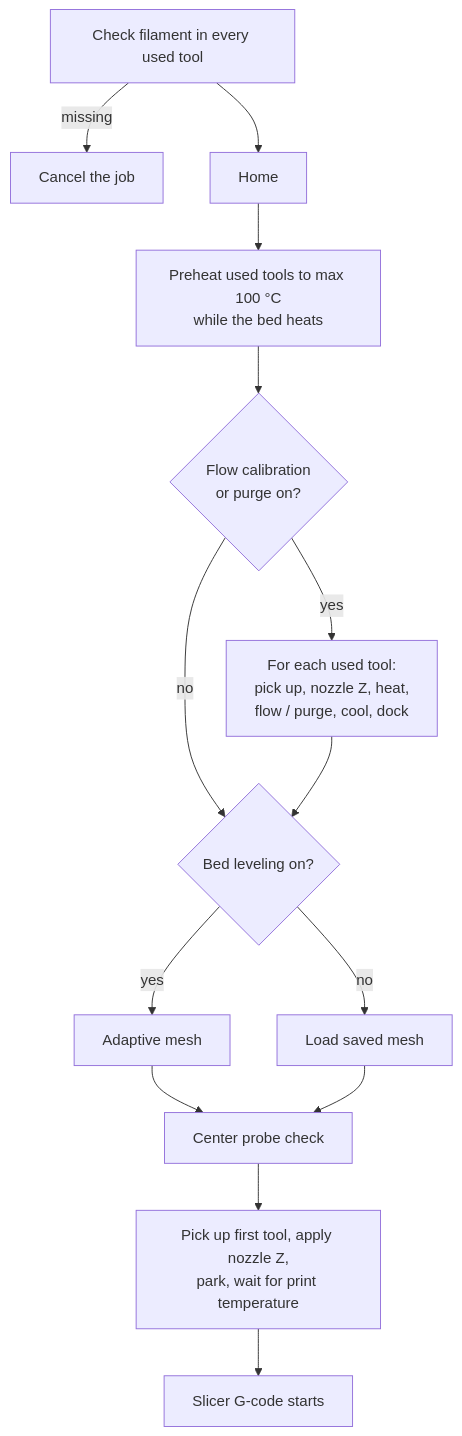
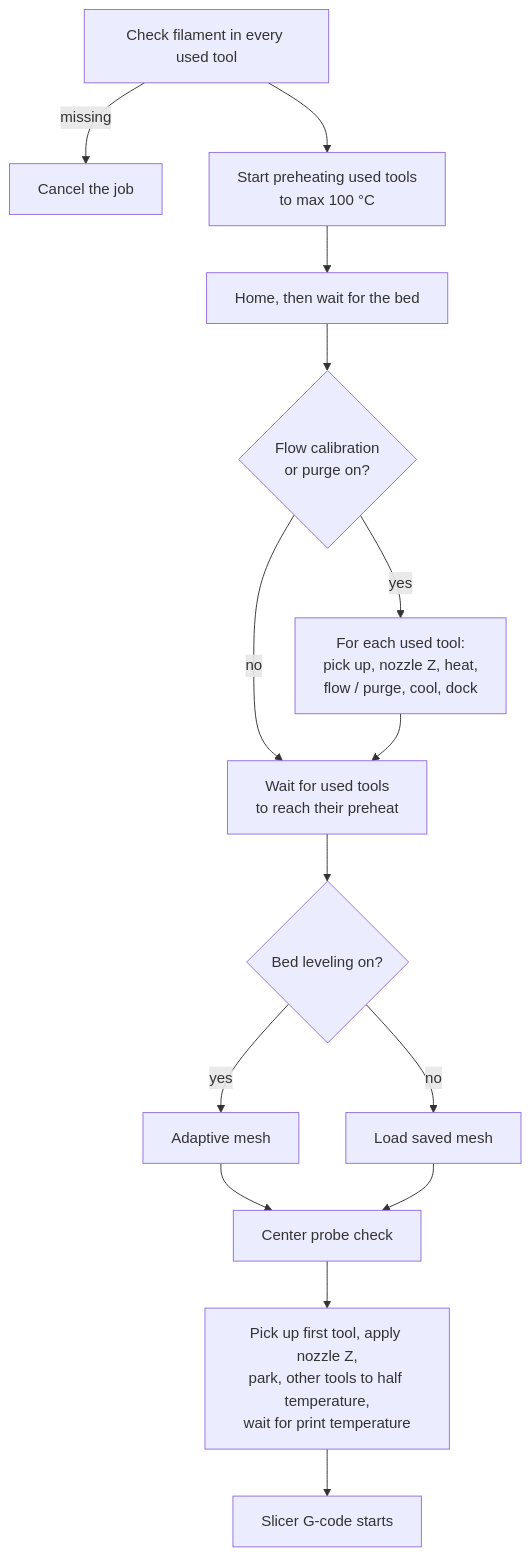
Before and after one commit to FlashForge-C5-Modding-Group/OpenCreator: the diagram in docs/print-workflow.md, drawn with Mermaid. The commit also changed other lines of this file, not shown here.

````diff
--- a/docs/print-workflow.md
+++ b/docs/print-workflow.md
@@ -16,16 +16,17 @@
 ```mermaid
 flowchart TD
   A[Check filament in every used tool] -->|missing| X[Cancel the job]
-  A --> B[Home]
-  B --> C[Preheat used tools to max 100 °C<br/>while the bed heats]
-  C --> D{Flow calibration<br/>or purge on?}
+  A --> C[Start preheating used tools<br/>to max 100 °C]
+  C --> B[Home, then wait for the bed]
+  B --> D{Flow calibration<br/>or purge on?}
   D -->|yes| E[For each used tool:<br/>pick up, nozzle Z, heat,<br/>flow / purge, cool, dock]
-  D -->|no| F
-  E --> F{Bed leveling on?}
+  D -->|no| W
+  E --> W[Wait for used tools<br/>to reach their preheat]
+  W --> F{Bed leveling on?}
   F -->|yes| G[Adaptive mesh]
   F -->|no| H[Load saved mesh]
   G --> I[Center probe check]
   H --> I
-  I --> J[Pick up first tool, apply nozzle Z,<br/>park, wait for print temperature]
+  I --> J[Pick up first tool, apply nozzle Z,<br/>park, other tools to half temperature,<br/>wait for print temperature]
   J --> K[Slicer G-code starts]
 ```
````
